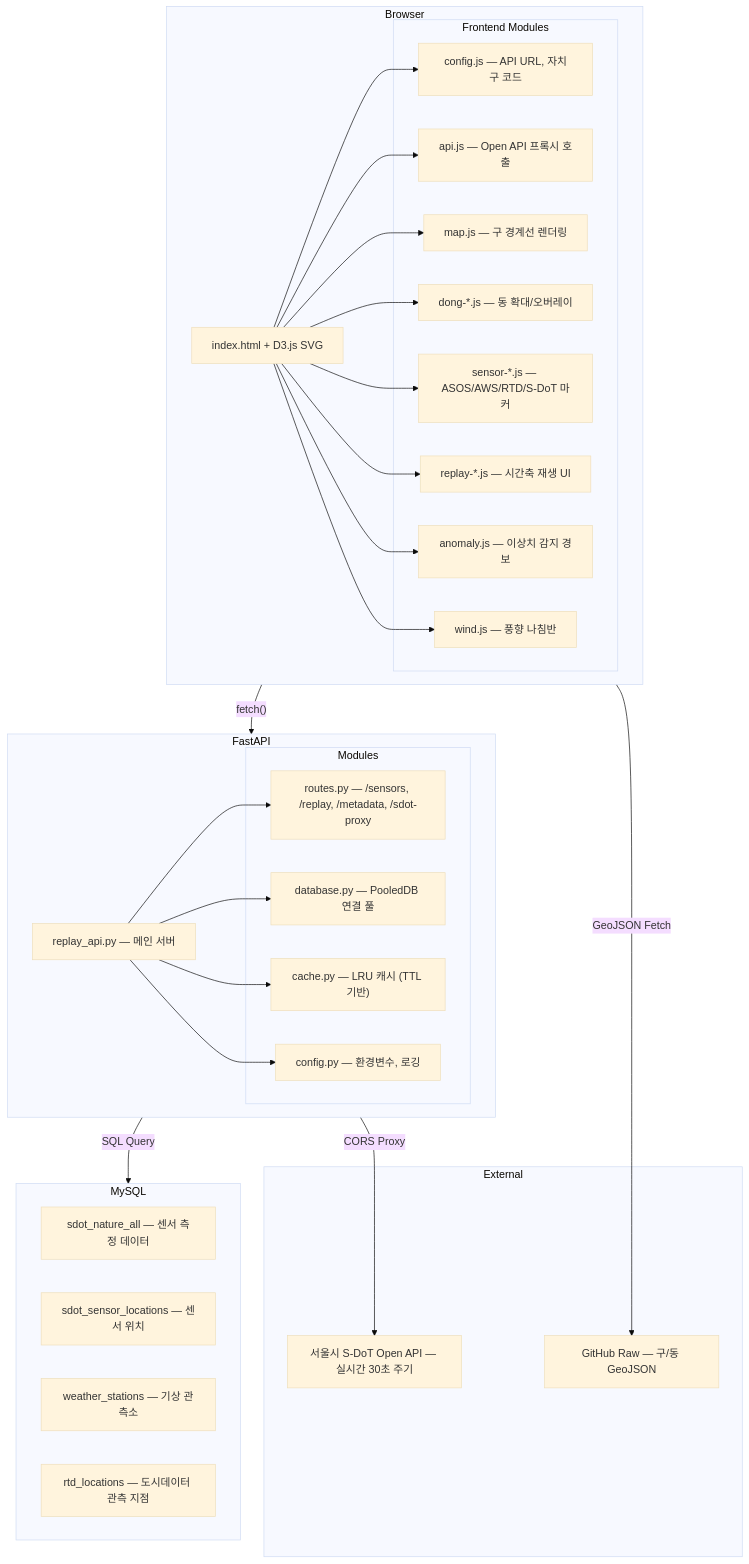
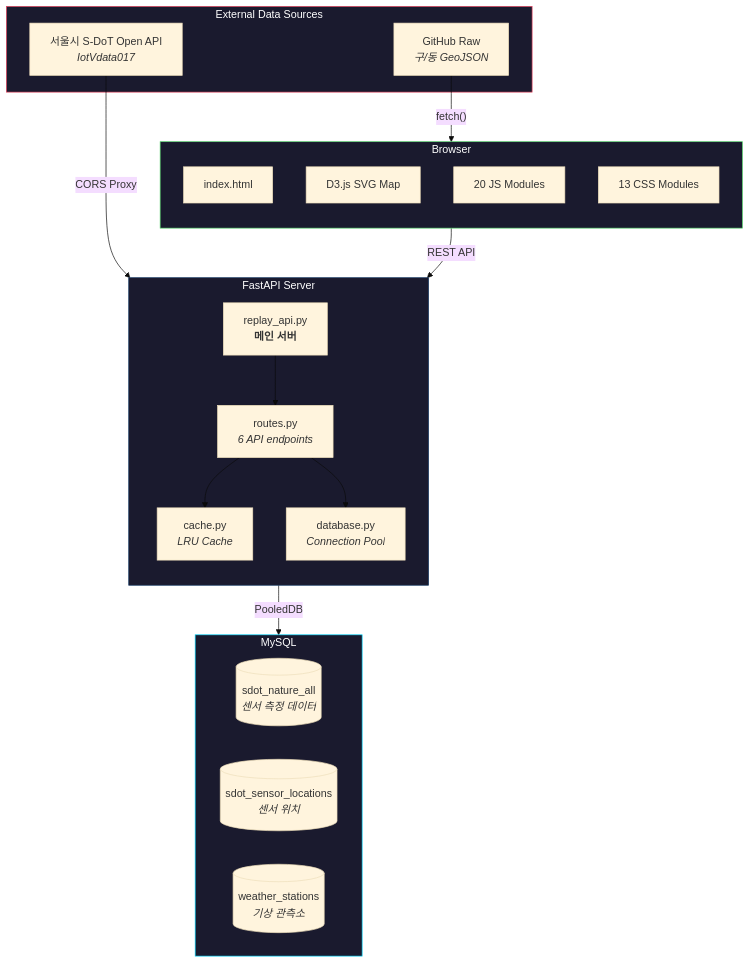
One commit to Technoetic/seoul-smartcity-dashboard changed the first of 4 diagrams in README.md. Above: the diagram before and after it, drawn with Mermaid (base theme). The commit also changed other lines of this file, not shown here.

First line of the commit message:
Redesign README with visual badges, logos, and Mermaid diagrams

````diff
--- a/README.md
+++ b/README.md
@@ -15,45 +51,43 @@
 ```mermaid
 graph TB
-    subgraph Browser
-        HTML["index.html + D3.js SVG"]
-        subgraph Frontend Modules
-            CONFIG["config.js — API URL, 자치구 코드"]
-            API["api.js — Open API 프록시 호출"]
-            MAP["map.js — 구 경계선 렌더링"]
-            DONG["dong-*.js — 동 확대/오버레이"]
-            SENSOR["sensor-*.js — ASOS/AWS/RTD/S-DoT 마커"]
-            REPLAY_FE["replay-*.js — 시간축 재생 UI"]
-            ANOMALY["anomaly.js — 이상치 감지 경보"]
-            WIND["wind.js — 풍향 나침반"]
-        end
-        HTML --> CONFIG & API & MAP & DONG & SENSOR & REPLAY_FE & ANOMALY & WIND
+    subgraph EXTERNAL["External Data Sources"]
+        SDOT_API["서울시 S-DoT Open API<br><i>IotVdata017</i>"]
+        GEOJSON["GitHub Raw<br><i>구/동 GeoJSON</i>"]
     end
 
-    subgraph FastAPI
-        MAIN["replay_api.py — 메인 서버"]
-        subgraph Modules
-            ROUTES["routes.py — /sensors, /replay, /metadata, /sdot-proxy"]
-            DB["database.py — PooledDB 연결 풀"]
-            CACHE["cache.py — LRU 캐시 (TTL 기반)"]
-            CONF["config.py — 환경변수, 로깅"]
-        end
-        MAIN --> ROUTES & DB & CACHE & CONF
+    subgraph SERVER["FastAPI Server"]
+        direction TB
+        MAIN["replay_api.py<br><b>메인 서버</b>"]
+        ROUTES["routes.py<br><i>6 API endpoints</i>"]
+        CACHE_MOD["cache.py<br><i>LRU Cache</i>"]
+        DB_MOD["database.py<br><i>Connection Pool</i>"]
     end
 
-    subgraph MySQL
-        T1["sdot_nature_all — 센서 측정 데이터"]
-        T2["sdot_sensor_locations — 센서 위치"]
-        T3["weather_stations — 기상 관측소"]
-        T4["rtd_locations — 도시데이터 관측 지점"]
+    subgraph DATABASE["MySQL"]
+        direction LR
+        T1[("sdot_nature_all<br><i>센서 측정 데이터</i>")]
+        T2[("sdot_sensor_locations<br><i>센서 위치</i>")]
+        T3[("weather_stations<br><i>기상 관측소</i>")]
     end
 
-    subgraph External
-        SDOT_API["서울시 S-DoT Open API — 실시간 30초 주기"]
-        GEOJSON["GitHub Raw — 구/동 GeoJSON"]
+    subgraph CLIENT["Browser"]
+        direction TB
+        HTML["index.html"]
+        D3["D3.js SVG Map"]
+        JS["20 JS Modules"]
+        CSS["13 CSS Modules"]
     end
 
-    Browser -- "fetch()" --> FastAPI
-    FastAPI -- "SQL Query" --> MySQL
-    FastAPI -- "CORS Proxy" --> SDOT_API
-    Browser -- "GeoJSON Fetch" --> GEOJSON
+    SDOT_API -- "CORS Proxy" --> ROUTES
+    GEOJSON -- "fetch()" --> CLIENT
+    CLIENT -- "REST API" --> ROUTES
+    ROUTES --> CACHE_MOD
+    ROUTES --> DB_MOD
+    DB_MOD -- "PooledDB" --> DATABASE
+    MAIN --> ROUTES
+
+    style EXTERNAL fill:#1a1a2e,stroke:#e94560,color:#fff
+    style SERVER fill:#1a1a2e,stroke:#0f3460,color:#fff
+    style DATABASE fill:#1a1a2e,stroke:#00d9ff,color:#fff
+    style CLIENT fill:#1a1a2e,stroke:#53d769,color:#fff
 ```
````
